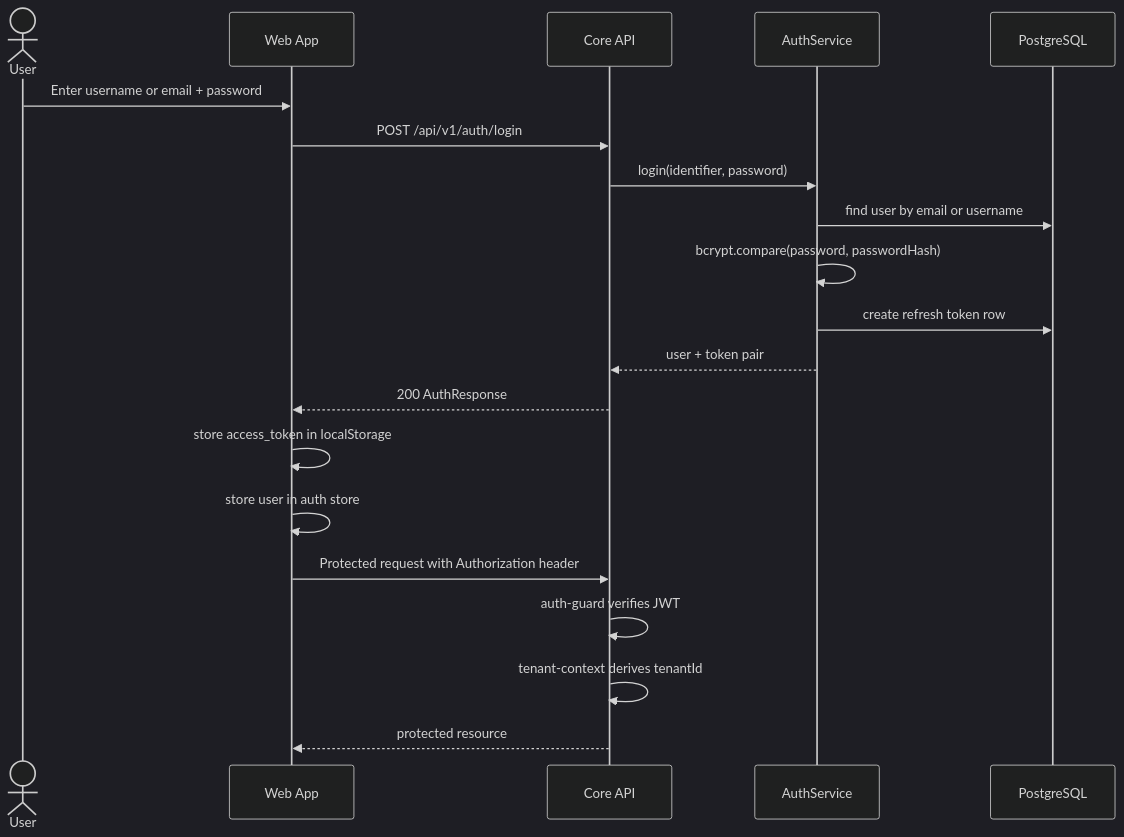
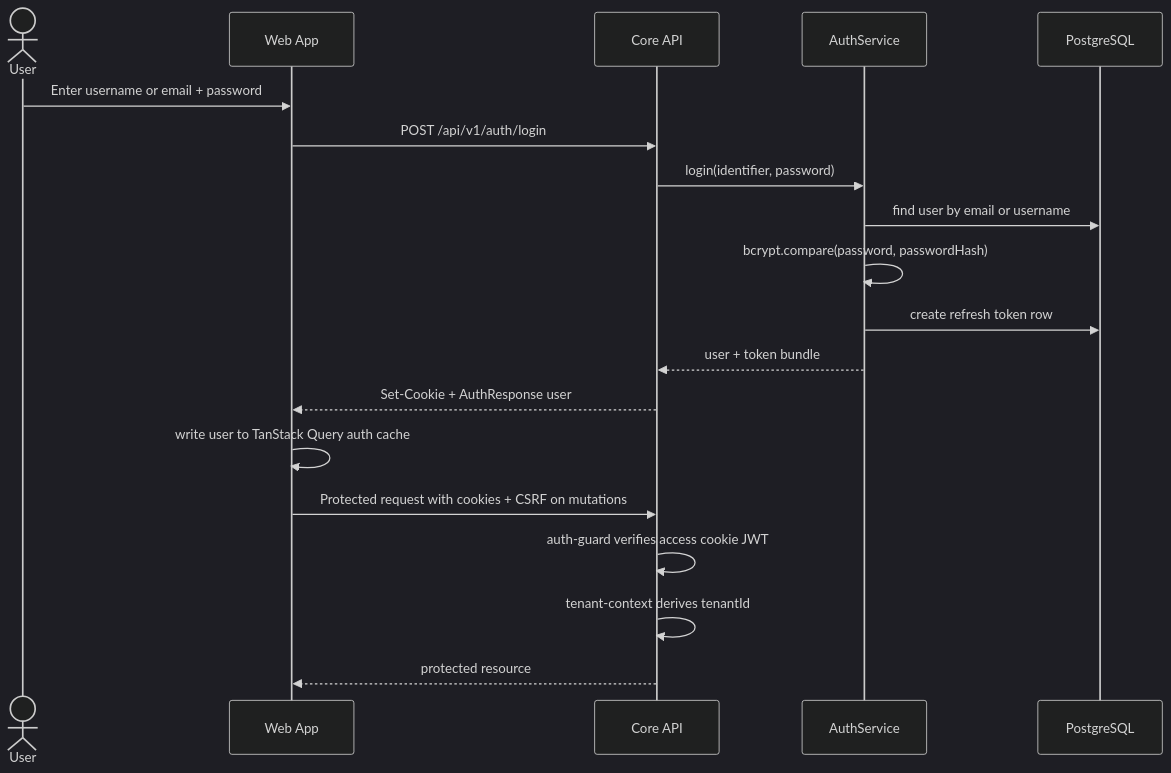
Before and after one commit to derek-dorazio/pool-master: the first of 6 diagrams in docs/AUTHENTICATION-AUTHORIZATION.md, drawn with Mermaid (dark theme). The commit also changed other lines of this file and 31 other files, not shown here.

First line of the commit message:
Remove duplicated auth session store (#27)

````diff
--- a/docs/AUTHENTICATION-AUTHORIZATION.md
+++ b/docs/AUTHENTICATION-AUTHORIZATION.md
@@ -116,23 +122,22 @@
 ```mermaid
 sequenceDiagram
     actor User
     participant Web as Web App
     participant API as Core API
     participant Auth as AuthService
     participant DB as PostgreSQL
 
     User->>Web: Enter username or email + password
     Web->>API: POST /api/v1/auth/login
     API->>Auth: login(identifier, password)
     Auth->>DB: find user by email or username
     Auth->>Auth: bcrypt.compare(password, passwordHash)
     Auth->>DB: create refresh token row
-    Auth-->>API: user + token pair
-    API-->>Web: 200 AuthResponse
-    Web->>Web: store access_token in localStorage
-    Web->>Web: store user in auth store
-    Web->>API: Protected request with Authorization header
-    API->>API: auth-guard verifies JWT
+    Auth-->>API: user + token bundle
+    API-->>Web: Set-Cookie + AuthResponse user
+    Web->>Web: write user to TanStack Query auth cache
+    Web->>API: Protected request with cookies + CSRF on mutations
+    API->>API: auth-guard verifies access cookie JWT
     API->>API: tenant-context derives tenantId
     API-->>Web: protected resource
 ```
````
